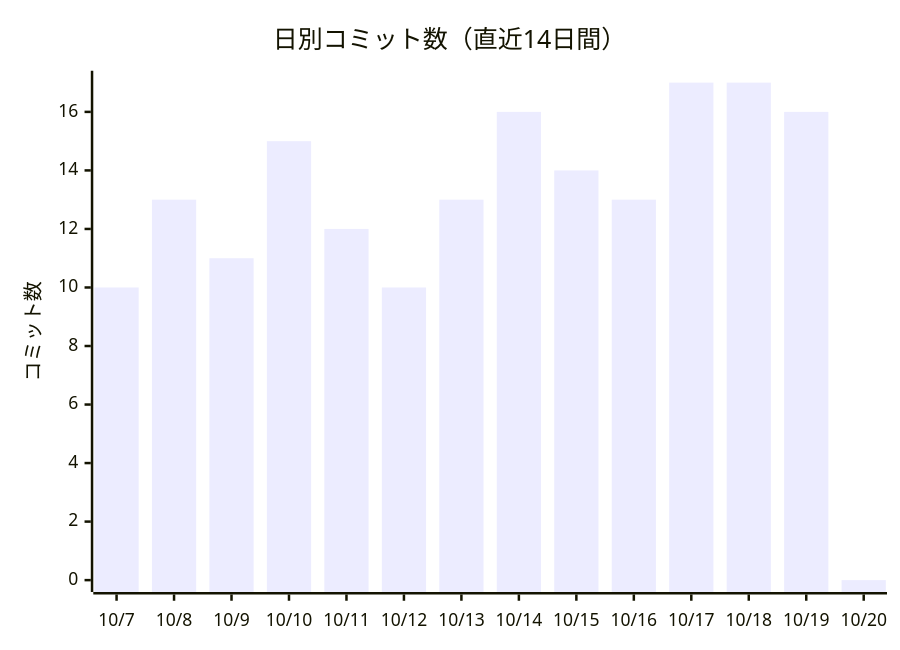
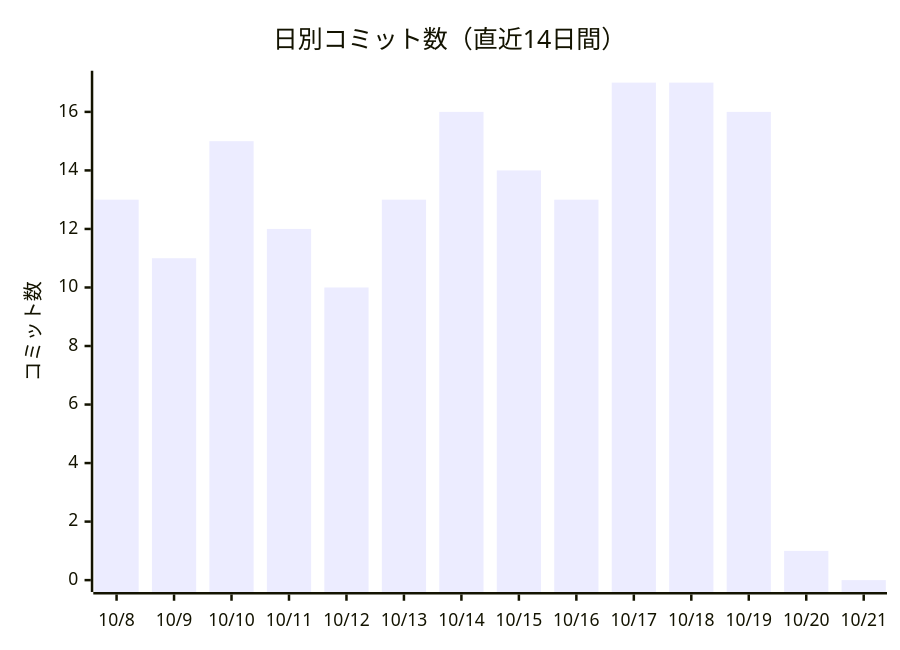
The first of 2 diagrams in docs/進化レポート.md (non-x2/non-x2), drawn with Mermaid before and after one commit. The commit also changed other lines of this file and 2 other files, not shown here.

First line of the commit message:
📑 地図の見張り番が、自分の目次も見張るようにした（候補95）

````diff
--- a/docs/進化レポート.md
+++ b/docs/進化レポート.md
@@ -23,7 +23,7 @@
 ```mermaid
 xychart-beta
     title "日別コミット数（直近14日間）"
-    x-axis ["10/7", "10/8", "10/9", "10/10", "10/11", "10/12", "10/13", "10/14", "10/15", "10/16", "10/17", "10/18", "10/19", "10/20"]
+    x-axis ["10/8", "10/9", "10/10", "10/11", "10/12", "10/13", "10/14", "10/15", "10/16", "10/17", "10/18", "10/19", "10/20", "10/21"]
     y-axis "コミット数"
-    bar [10, 13, 11, 15, 12, 10, 13, 16, 14, 13, 17, 17, 16, 0]
+    bar [13, 11, 15, 12, 10, 13, 16, 14, 13, 17, 17, 16, 1, 0]
 ```
````
